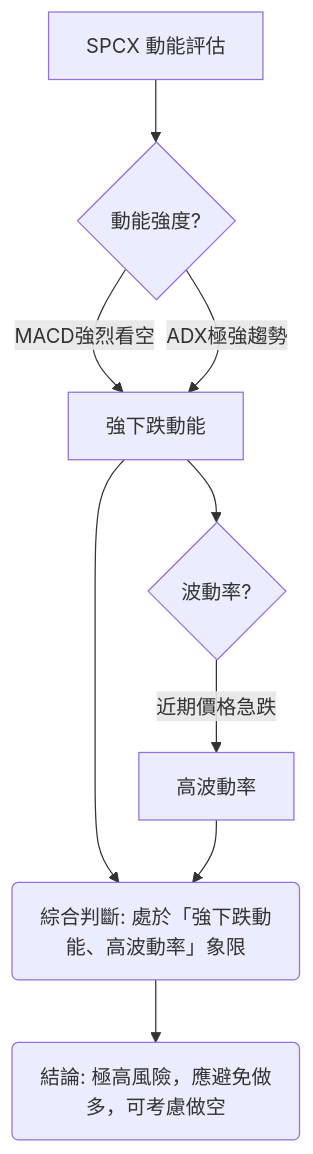
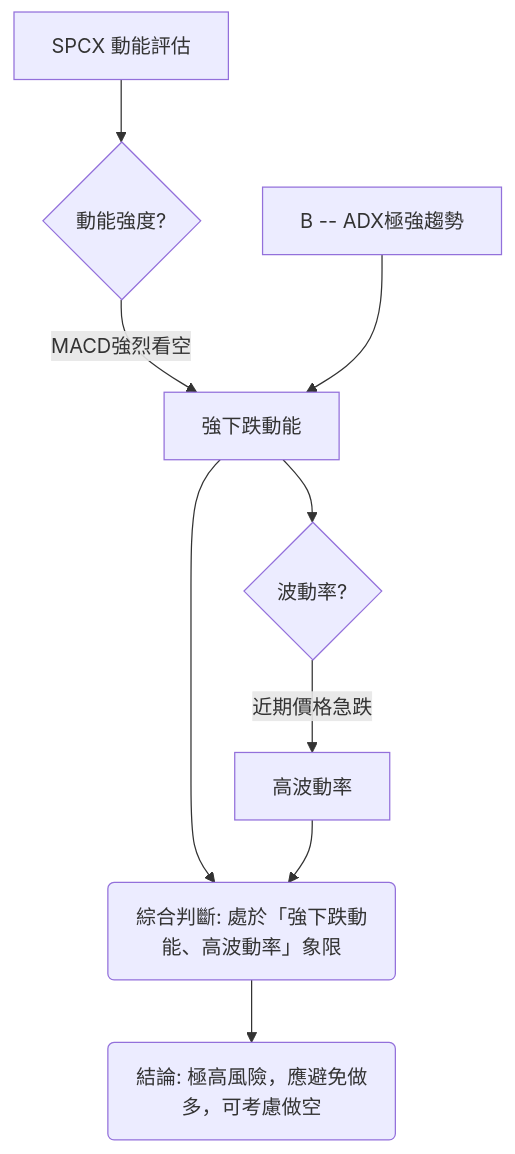
Before and after one commit to yennanliu/finance_data: the eighth of 11 diagrams in ai_gen_report/stock/spcx/technical_analysis_2026-06-28_gemini.md, drawn with Mermaid. The commit also changed other lines of this file and 2258 other files, not shown here.

First line of the commit message:
chore: backfill Mermaid syntax repair across existing reports

````diff
--- a/ai_gen_report/stock/spcx/technical_analysis_2026-06-28_gemini.md
+++ b/ai_gen_report/stock/spcx/technical_analysis_2026-06-28_gemini.md
@@ -522,12 +522,12 @@
 ```mermaid
 graph TD
-    A[SPCX 動能評估] --> B{動能強度?}
-    B -- MACD強烈看空 --> C[強下跌動能]
-    B -- ADX極強趨勢 --> C
+    A["SPCX 動能評估"] --> B{"動能強度?"}
+    B -- MACD強烈看空 --> C["強下跌動能"]
+    nb1["B -- ADX極強趨勢"] --> C
 
-    C --> D{波動率?}
-    D -- 近期價格急跌 --> E[高波動率]
+    C --> D{"波動率?"}
+    D -- 近期價格急跌 --> E["高波動率"]
 
-    C & E --> F(綜合判斷: 處於「強下跌動能、高波動率」象限)
-    F --> G(結論: 極高風險，應避免做多，可考慮做空)
+    C & E --> F("綜合判斷: 處於「強下跌動能、高波動率」象限")
+    F --> G("結論: 極高風險，應避免做多，可考慮做空")
 ```
````
